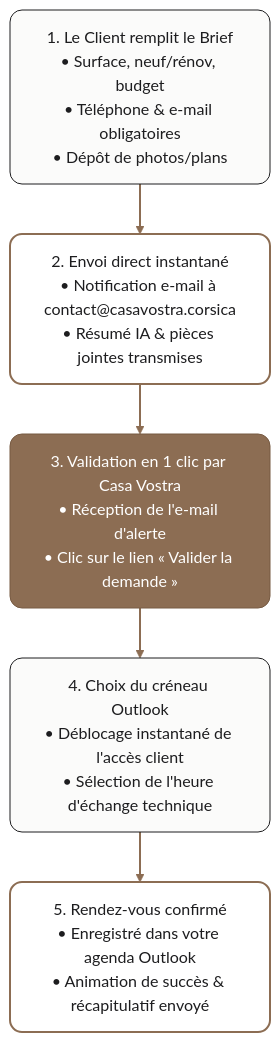
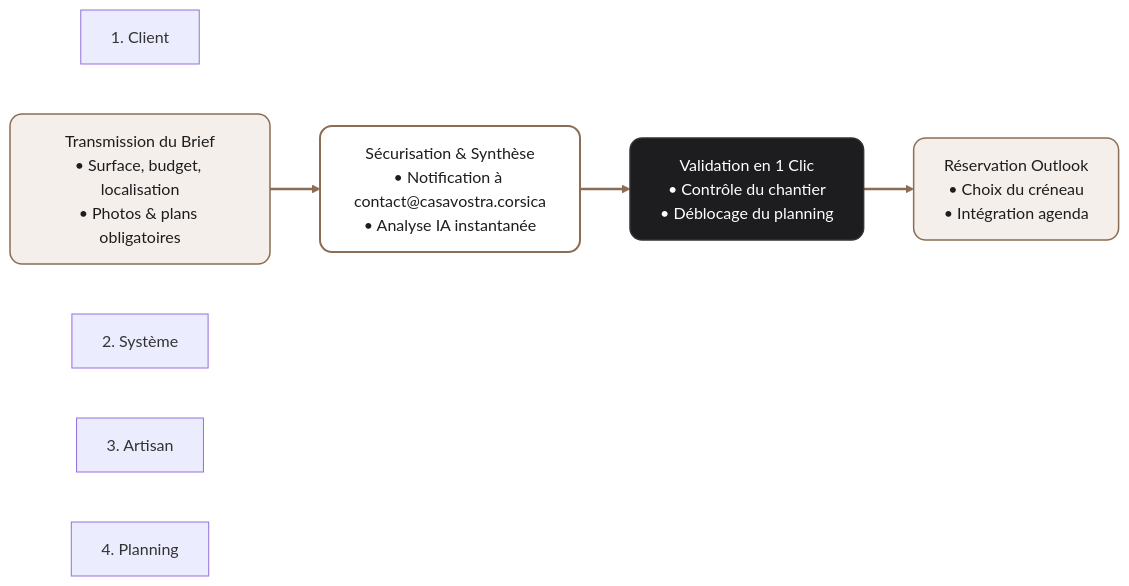
The diagram in process-workflow.mmd (debellisdamien12-create/casa-vostra-OK), drawn with Mermaid before and after one commit. The commit also changed 1 other file, not shown here.

Commit message:
Checkpoint: Refonte graphique du schéma synoptique du parcours dans la section « Notre méthode », rendant la distinction entre le client, le système, l'artisan et le planning Outlook parfaitement claire et élégante.

```diff
--- a/process-workflow.mmd
+++ b/process-workflow.mmd
@@ -1,11 +1,20 @@
-graph TD
-    classDef client fill:#FBFBFA,stroke:#1D1D1F,stroke-width:1px,color:#1D1D1F,rx:12;
-    classDef company fill:#8C6D53,stroke:#775a42,stroke-width:1px,color:#FFFFFF,rx:12;
+graph LR
+    classDef client fill:#F4EFEA,stroke:#8C6D53,stroke-width:1.5px,color:#1D1D1F,rx:12;
+    classDef company fill:#1D1D1F,stroke:#333336,stroke-width:1.5px,color:#FFFFFF,rx:12;
     classDef system fill:#FFFFFF,stroke:#8C6D53,stroke-width:2px,color:#1D1D1F,rx:12;
 
-    E1["1. Le Client remplit le Brief<br/>• Surface, neuf/rénov, budget<br/>• Téléphone & e-mail obligatoires<br/>• Dépôt de photos/plans"]:::client --> E2["2. Envoi direct instantané<br/>• Notification e-mail à contact@casavostra.corsica<br/>• Résumé IA & pièces jointes transmises"]:::system
-    E2 --> E3["3. Validation en 1 clic par Casa Vostra<br/>• Réception de l'e-mail d'alerte<br/>• Clic sur le lien « Valider la demande »"]:::company
-    E3 --> E4["4. Choix du créneau Outlook<br/>• Déblocage instantané de l'accès client<br/>• Sélection de l'heure d'échange technique"]:::client
-    E4 --> E5["5. Rendez-vous confirmé<br/>• Enregistré dans votre agenda Outlook<br/>• Animation de succès & récapitulatif envoyé"]:::system
+    subg1["1. Client"]
+    E1["Transmission du Brief<br/>• Surface, budget, localisation<br/>• Photos & plans obligatoires"]:::client
 
-    linkStyle default stroke:#8C6D53,stroke-width:2px,fill:none;
+    subg2["2. Système"]
+    E2["Sécurisation & Synthèse<br/>• Notification à contact@casavostra.corsica<br/>• Analyse IA instantanée"]:::system
+
+    subg3["3. Artisan"]
+    E3["Validation en 1 Clic<br/>• Contrôle du chantier<br/>• Déblocage du planning"]:::company
+
+    subg4["4. Planning"]
+    E4["Réservation Outlook<br/>• Choix du créneau<br/>• Intégration agenda"]:::client
+
+    E1 ==> E2 --> E3 ==> E4
+
+    linkStyle default stroke:#8C6D53,stroke-width:2.5px,fill:none;
```
